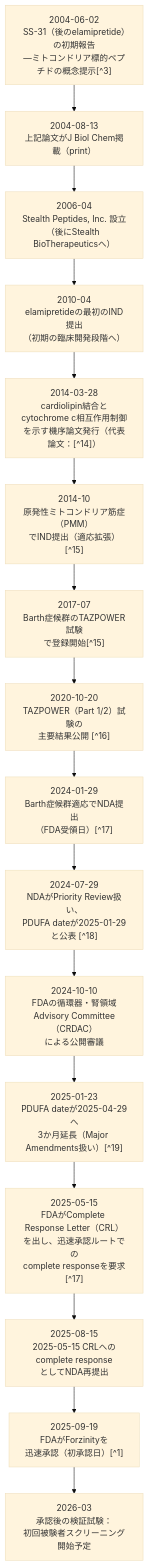
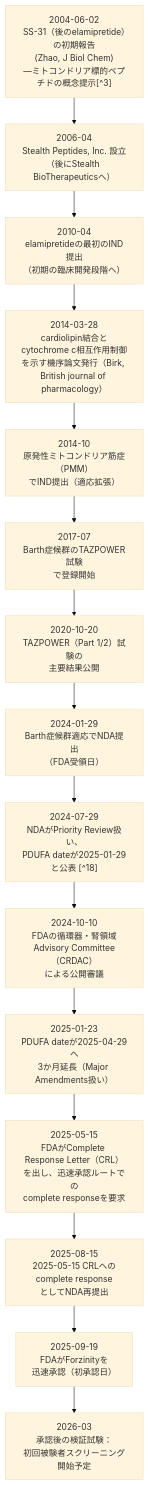
The diagram in _posts/2025-10-17-forzinity-approval.md (NagiMukae/organelle-therapeutics-tracker), drawn with Mermaid (base theme) before and after one commit. The commit also changed other lines of this file, not shown here.

````diff
--- a/_posts/2025-10-17-forzinity-approval.md
+++ b/_posts/2025-10-17-forzinity-approval.md
@@ -154,20 +154,19 @@
 ```mermaid
 flowchart TB
 
-A["<div class='tl-card'><div class='tl-date'>2004-06-02</div><div class='tl-sep'></div><div class='tl-body'>SS-31（後のelamipretide）の初期報告<br/>—ミトコンドリア標的ペプチドの概念提示[^3]</div></div>"]
-  --> B["<div class='tl-card'><div class='tl-date'>2004-08-13</div><div class='tl-sep'></div><div class='tl-body'>上記論文がJ Biol Chem掲載（print）</div></div>"]
-  --> C["<div class='tl-card'><div class='tl-date'>2006-04</div><div class='tl-sep'></div><div class='tl-body'>Stealth Peptides, Inc. 設立<br/>（後にStealth BioTherapeuticsへ）</div></div>"]
-  --> D["<div class='tl-card'><div class='tl-date'>2010-04</div><div class='tl-sep'></div><div class='tl-body'>elamipretideの最初のIND提出<br/>（初期の臨床開発段階へ）</div></div>"]
-  --> E["<div class='tl-card'><div class='tl-date'>2014-03-28</div><div class='tl-sep'></div><div class='tl-body'>cardiolipin結合とcytochrome c相互作用制御<br/>を示す機序論文発行（代表論文：[^14]）</div></div>"]
-  --> F["<div class='tl-card'><div class='tl-date'>2014-10</div><div class='tl-sep'></div><div class='tl-body'>原発性ミトコンドリア筋症（PMM）<br/>でIND提出（適応拡張）[^15]</div></div>"]
-  --> G["<div class='tl-card'><div class='tl-date'>2017-07</div><div class='tl-sep'></div><div class='tl-body'>Barth症候群のTAZPOWER試験<br/>で登録開始[^15]</div></div>"]
-  --> H["<div class='tl-card'><div class='tl-date'>2020-10-20</div><div class='tl-sep'></div><div class='tl-body'>TAZPOWER（Part 1/2）試験の<br/>主要結果公開 [^16]</div></div>"]
-  --> I["<div class='tl-card'><div class='tl-date'>2024-01-29</div><div class='tl-sep'></div><div class='tl-body'>Barth症候群適応でNDA提出<br/>（FDA受領日）[^17]</div></div>"]
-  --> J["<div class='tl-card'><div class='tl-date'>2024-07-29</div><div class='tl-sep'></div><div class='tl-body'>NDAがPriority Review扱い、<br/>PDUFA dateが2025-01-29と公表 [^18]</div></div>"]
-  --> K["<div class='tl-card'><div class='tl-date'>2024-10-10</div><div class='tl-sep'></div><div class='tl-body'>FDAの循環器・腎領域<br/>Advisory Committee（CRDAC）<br/>による公開審議</div></div>"]
-  --> L["<div class='tl-card'><div class='tl-date'>2025-01-23</div><div class='tl-sep'></div><div class='tl-body'>PDUFA dateが2025-04-29へ<br/>3か月延長（Major Amendments扱い）[^19]</div></div>"]
-  --> M["<div class='tl-card'><div class='tl-date'>2025-05-15</div><div class='tl-sep'></div><div class='tl-body'>FDAがComplete Response Letter（CRL）<br/>を出し、迅速承認ルートでの<br/>complete responseを要求[^17]</div></div>"]
-  --> N["<div class='tl-card'><div class='tl-date'>2025-08-15</div><div class='tl-sep'></div><div class='tl-body'>2025-05-15 CRLへのcomplete response<br/>としてNDA再提出</div></div>"]
-  --> O["<div class='tl-card'><div class='tl-date'>2025-09-19</div><div class='tl-sep'></div><div class='tl-body'>FDAがForzinityを<br/>迅速承認（初承認日）[^1]</div></div>"]
-  --> P["<div class='tl-card'><div class='tl-date'>2026-03</div><div class='tl-sep'></div><div class='tl-body'>承認後の検証試験：<br/>初回被験者スクリーニング開始予定</div></div>"]
+A["<div class='tl-card'><div class='tl-date'>2004-06-02</div><div class='tl-sep'></div><div class='tl-body'>SS-31（後のelamipretide）の初期報告<br/>(Zhao, J Biol Chem)<br/>—ミトコンドリア標的ペプチドの概念提示[^3]</div></div>"]
+  --> B["<div class='tl-card'><div class='tl-date'>2006-04</div><div class='tl-sep'></div><div class='tl-body'>Stealth Peptides, Inc. 設立<br/>（後にStealth BioTherapeuticsへ）</div></div>"]
+  --> C["<div class='tl-card'><div class='tl-date'>2010-04</div><div class='tl-sep'></div><div class='tl-body'>elamipretideの最初のIND提出<br/>（初期の臨床開発段階へ）</div></div>"]
+  --> D["<div class='tl-card'><div class='tl-date'>2014-03-28</div><div class='tl-sep'></div><div class='tl-body'>cardiolipin結合とcytochrome c相互作用制御<br/>を示す機序論文発行（Birk, British journal of pharmacology）</div></div>"]
+  --> E["<div class='tl-card'><div class='tl-date'>2014-10</div><div class='tl-sep'></div><div class='tl-body'>原発性ミトコンドリア筋症（PMM）<br/>でIND提出（適応拡張）</div></div>"]
+  --> F["<div class='tl-card'><div class='tl-date'>2017-07</div><div class='tl-sep'></div><div class='tl-body'>Barth症候群のTAZPOWER試験<br/>で登録開始</div></div>"]
+  --> G["<div class='tl-card'><div class='tl-date'>2020-10-20</div><div class='tl-sep'></div><div class='tl-body'>TAZPOWER（Part 1/2）試験の<br/>主要結果公開</div></div>"]
+  --> H["<div class='tl-card'><div class='tl-date'>2024-01-29</div><div class='tl-sep'></div><div class='tl-body'>Barth症候群適応でNDA提出<br/>（FDA受領日）</div></div>"]
+  --> I["<div class='tl-card'><div class='tl-date'>2024-07-29</div><div class='tl-sep'></div><div class='tl-body'>NDAがPriority Review扱い、<br/>PDUFA dateが2025-01-29と公表 [^18]</div></div>"]
+  --> J["<div class='tl-card'><div class='tl-date'>2024-10-10</div><div class='tl-sep'></div><div class='tl-body'>FDAの循環器・腎領域<br/>Advisory Committee（CRDAC）<br/>による公開審議</div></div>"]
+  --> K["<div class='tl-card'><div class='tl-date'>2025-01-23</div><div class='tl-sep'></div><div class='tl-body'>PDUFA dateが2025-04-29へ<br/>3か月延長（Major Amendments扱い）</div></div>"]
+  --> L["<div class='tl-card'><div class='tl-date'>2025-05-15</div><div class='tl-sep'></div><div class='tl-body'>FDAがComplete Response Letter（CRL）<br/>を出し、迅速承認ルートでの<br/>complete responseを要求</div></div>"]
+  --> M["<div class='tl-card'><div class='tl-date'>2025-08-15</div><div class='tl-sep'></div><div class='tl-body'>2025-05-15 CRLへのcomplete response<br/>としてNDA再提出</div></div>"]
+  --> N["<div class='tl-card'><div class='tl-date'>2025-09-19</div><div class='tl-sep'></div><div class='tl-body'>FDAがForzinityを<br/>迅速承認（初承認日）</div></div>"]
+  --> O["<div class='tl-card'><div class='tl-date'>2026-03</div><div class='tl-sep'></div><div class='tl-body'>承認後の検証試験：<br/>初回被験者スクリーニング開始予定</div></div>"]
 ```
````
